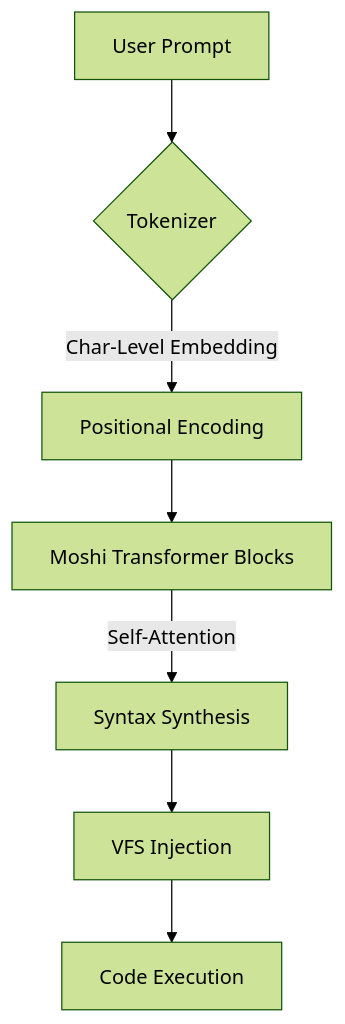
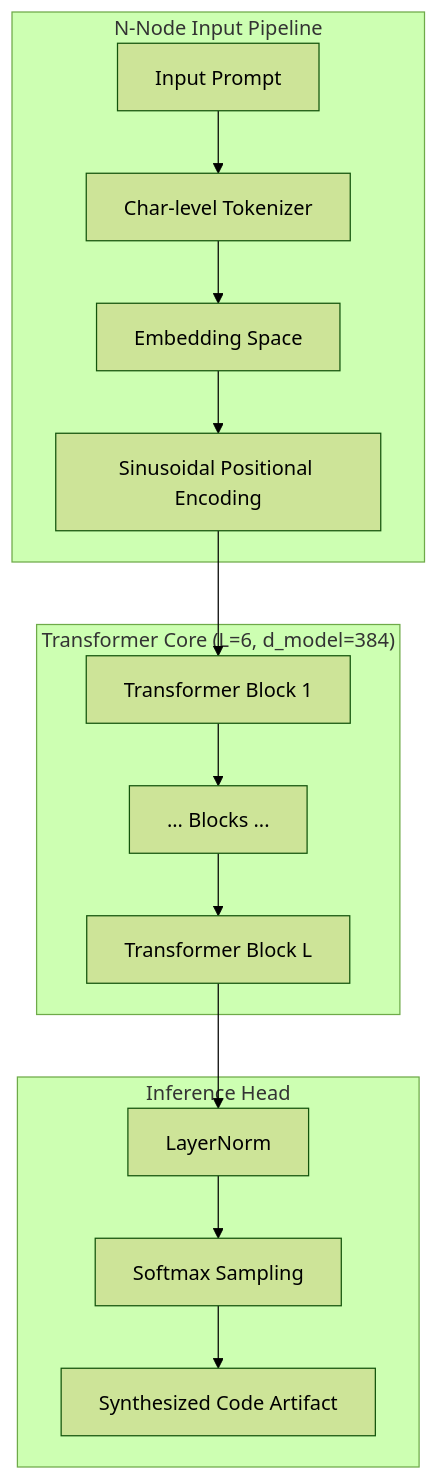
Before and after one commit to aliyabuz25/Moshi: the first of 2 diagrams in README.md, drawn with Mermaid (forest theme). The commit also changed other lines of this file, not shown here.

Commit message:
Docs: Implement Google-level architectural formalism and math diagrams

````diff
--- a/README.md
+++ b/README.md
@@ -12,9 +12,20 @@
 ```mermaid
 graph TD
-    A[User Prompt] --> B{Tokenizer}
-    B -->|Char-Level Embedding| C[Positional Encoding]
-    C --> D[Moshi Transformer Blocks]
-    D -->|Self-Attention| E[Syntax Synthesis]
-    E --> F[VFS Injection]
-    F --> G[Code Execution]
+    subgraph "N-Node Input Pipeline"
+        I[Input Prompt] --> T[Char-level Tokenizer]
+        T --> E[Embedding Space]
+        E --> PE[Sinusoidal Positional Encoding]
+    end
+
+    subgraph "Transformer Core (L=6, d_model=384)"
+        PE --> B1[Transformer Block 1]
+        B1 --> BN[... Blocks ...]
+        BN --> BL[Transformer Block L]
+    end
+
+    subgraph "Inference Head"
+        BL --> LN[LayerNorm]
+        LN --> SM[Softmax Sampling]
+        SM --> O[Synthesized Code Artifact]
+    end
 ```
````
